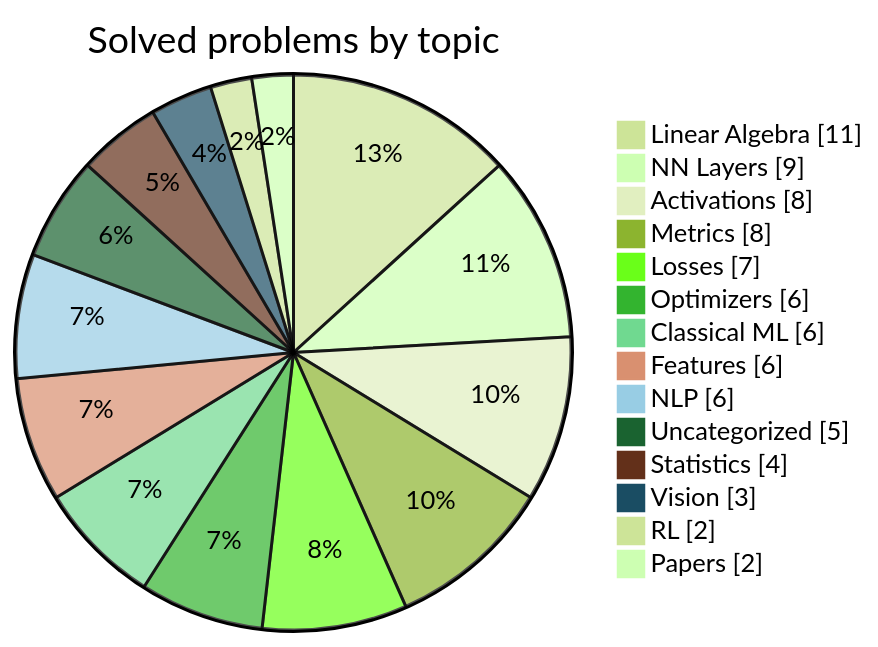
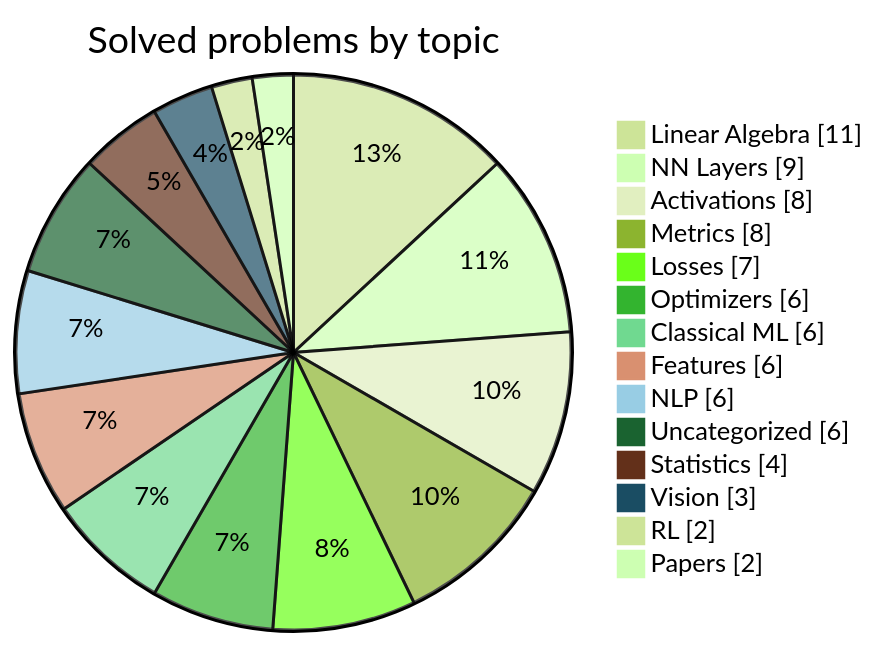
Before and after one commit to HarryTrn/TensorTonic-Solutions: the second of 2 diagrams in README.md, drawn with Mermaid (forest theme). The commit also changed other lines of this file, not shown here.

````diff
--- a/README.md
+++ b/README.md
@@ -74,18 +74,18 @@
 ```mermaid
 pie showData
     title Solved problems by topic
     "Linear Algebra" : 11
     "NN Layers" : 9
     "Activations" : 8
     "Metrics" : 8
     "Losses" : 7
     "Optimizers" : 6
     "Classical ML" : 6
     "Features" : 6
     "NLP" : 6
-    "Uncategorized" : 5
+    "Uncategorized" : 6
     "Statistics" : 4
     "Vision" : 3
     "RL" : 2
     "Papers" : 2
 ```
````
